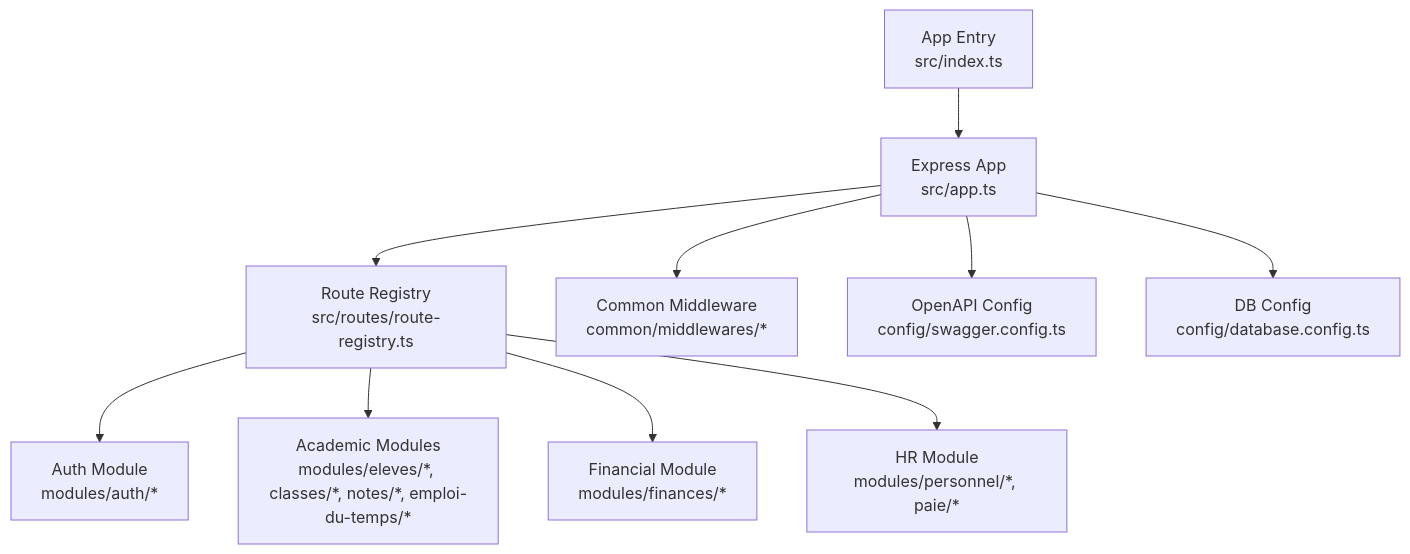
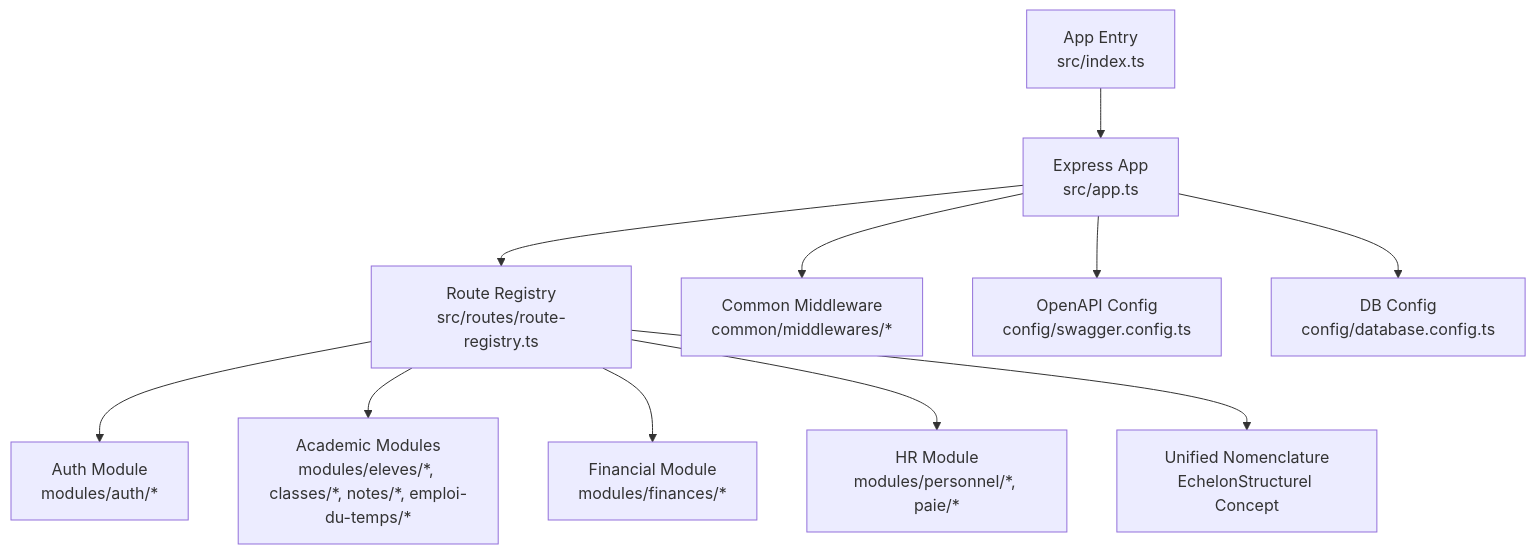
One commit to franckylab/eLISAschool changed the first of 5 diagrams in .qoder/repowiki/en/content/API Reference/API Reference.md. Above: the diagram before and after it, drawn with Mermaid. The commit also changed other lines of this file and 138 other files, not shown here.

First line of the commit message:
refactor(api): consolider le système de nomenclature avec EchelonStructurel unifié

````diff
--- a/.qoder/repowiki/en/content/API Reference/API Reference.md
+++ b/.qoder/repowiki/en/content/API Reference/API Reference.md
@@ -55,12 +55,13 @@
 ```mermaid
 graph TB
 A["App Entry<br/>src/index.ts"] --> B["Express App<br/>src/app.ts"]
 B --> C["Route Registry<br/>src/routes/route-registry.ts"]
 C --> D["Auth Module<br/>modules/auth/*"]
 C --> E["Academic Modules<br/>modules/eleves/*, classes/*, notes/*, emploi-du-temps/*"]
 C --> F["Financial Module<br/>modules/finances/*"]
 C --> G["HR Module<br/>modules/personnel/*, paie/*"]
-B --> H["Common Middleware<br/>common/middlewares/*"]
-B --> I["OpenAPI Config<br/>config/swagger.config.ts"]
-B --> J["DB Config<br/>config/database.config.ts"]
+C --> H["Unified Nomenclature<br/>EchelonStructurel Concept"]
+B --> I["Common Middleware<br/>common/middlewares/*"]
+B --> J["OpenAPI Config<br/>config/swagger.config.ts"]
+B --> K["DB Config<br/>config/database.config.ts"]
 ```
````
